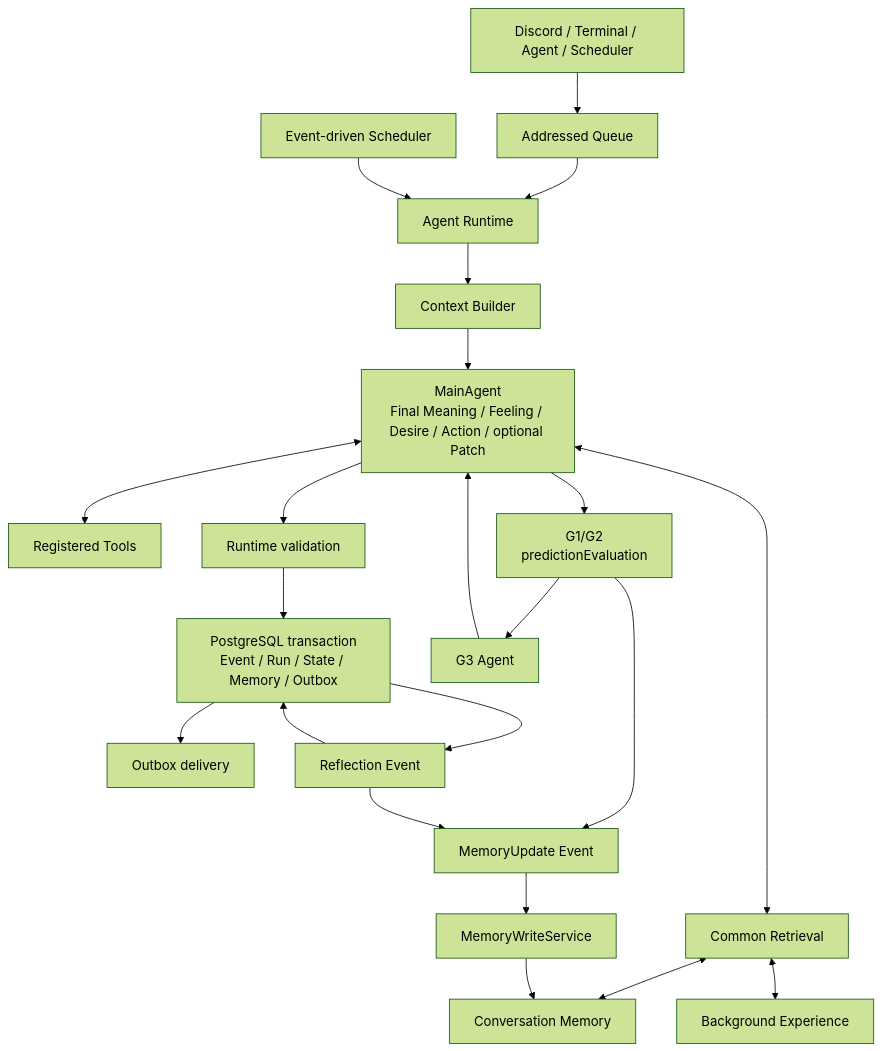
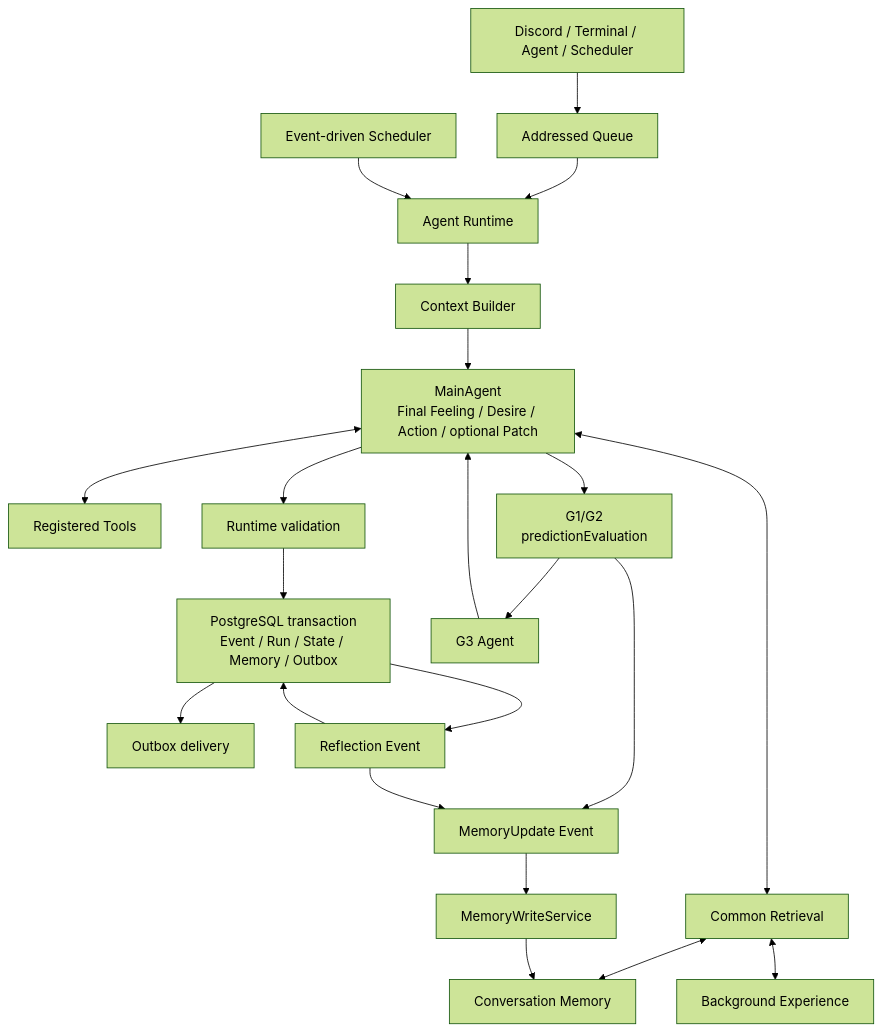
The diagram in docs/ARCHITECTURE.md (if001/social_agent), drawn with Mermaid (forest theme) before and after one commit. The commit also changed other lines of this file and 27 other files, not shown here.

Commit message:
refactor: simplify agent core action output (#102)

````diff
--- a/docs/ARCHITECTURE.md
+++ b/docs/ARCHITECTURE.md
@@ -62,24 +62,24 @@
 ```mermaid
 flowchart TD
   U[Discord / Terminal / Agent / Scheduler] --> Q[Addressed Queue]
   Q --> R[Agent Runtime]
   R --> C[Context Builder]
-  C --> A[MainAgent<br/>Final Meaning / Feeling / Desire / Action / optional Patch]
+  C --> A[MainAgent<br/>Final Feeling / Desire / Action / optional Patch]
   A <--> T[Registered Tools]
   A <--> RS[Common Retrieval]
   RS <--> M[Conversation Memory]
   RS <--> B[Background Experience]
   A --> V[Runtime validation]
   V --> P[PostgreSQL transaction<br/>Event / Run / State / Memory / Outbox]
   P --> O[Outbox delivery]
   A --> PE[G1/G2<br/>predictionEvaluation]
   PE --> MU[MemoryUpdate Event]
   MU --> MW[MemoryWriteService]
   MW --> M
   PE --> G3[G3 Agent]
   G3 --> A
   S[Event-driven Scheduler] --> R
   P --> F[Reflection Event]
   F --> MU
   F --> P
 ```
````
